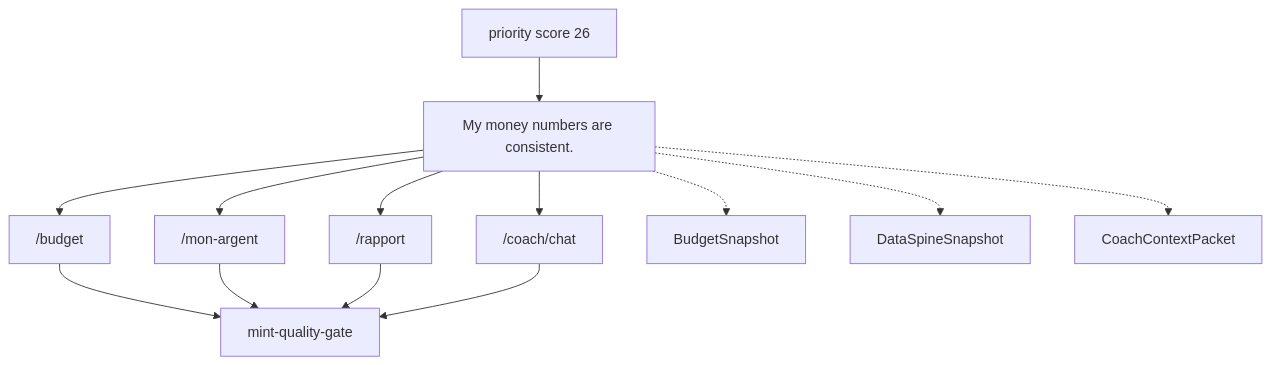
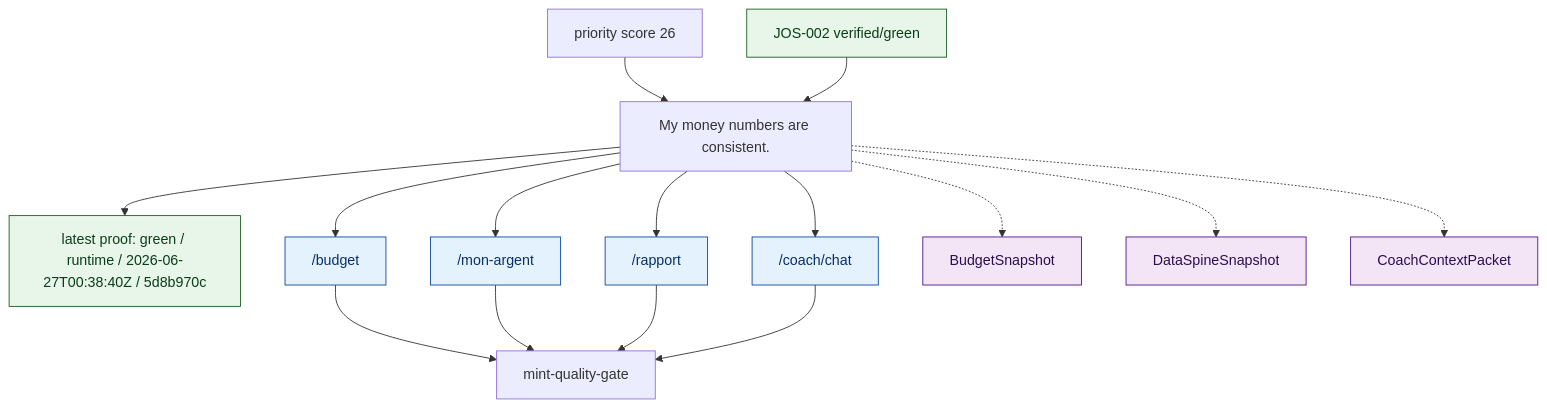
Before and after one commit to MINT-IA/MINT: the diagram in .planning/journeys/diagrams/money_truth_spine.mmd, drawn with Mermaid. The commit also changed 30 other files, not shown here.

```diff
--- a/.planning/journeys/diagrams/money_truth_spine.mmd
+++ b/.planning/journeys/diagrams/money_truth_spine.mmd
@@ -1,24 +1,45 @@
 %% Generated from .planning/journeys/records/money_truth_spine.json
 flowchart TD
   promise["My money numbers are consistent."]
   team["mint-quality-gate"]
+  latest["latest proof: green / runtime / 2026-06-27T00:38:40Z / 5d8b970c"]
+  promise --> latest
+  classDef green fill:#e8f5e9,stroke:#1b5e20,color:#0b3d1a;
+  classDef red fill:#ffebee,stroke:#b71c1c,color:#5f1111;
+  classDef amber fill:#fff8e1,stroke:#ff8f00,color:#5f3b00;
+  classDef blocked fill:#eceff1,stroke:#455a64,color:#263238;
+  classDef neutral fill:#f5f5f5,stroke:#616161,color:#212121;
+  classDef route fill:#e3f2fd,stroke:#0d47a1,color:#082f66;
+  classDef surface fill:#f3e5f5,stroke:#4a148c,color:#2b0d52;
+  classDef api fill:#e0f2f1,stroke:#00695c,color:#003d35;
+  class latest green
   priority["priority score 26"]
   priority --> promise
   route_budget["/budget"]
   promise --> route_budget
   route_budget --> team
+  class route_budget route
   route_mon_argent["/mon-argent"]
   promise --> route_mon_argent
   route_mon_argent --> team
+  class route_mon_argent route
   route_rapport["/rapport"]
   promise --> route_rapport
   route_rapport --> team
+  class route_rapport route
   route_coach_chat["/coach/chat"]
   promise --> route_coach_chat
   route_coach_chat --> team
+  class route_coach_chat route
   surface_BudgetSnapshot["BudgetSnapshot"]
   promise -.-> surface_BudgetSnapshot
+  class surface_BudgetSnapshot surface
   surface_DataSpineSnapshot["DataSpineSnapshot"]
   promise -.-> surface_DataSpineSnapshot
+  class surface_DataSpineSnapshot surface
   surface_CoachContextPacket["CoachContextPacket"]
   promise -.-> surface_CoachContextPacket
+  class surface_CoachContextPacket surface
+  issue_JOS_002["JOS-002 verified/green"]
+  issue_JOS_002 --> promise
+  class issue_JOS_002 green
```
